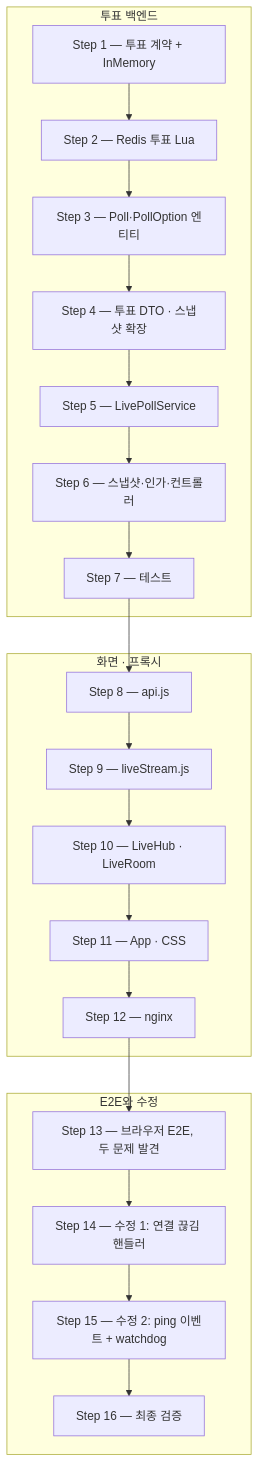
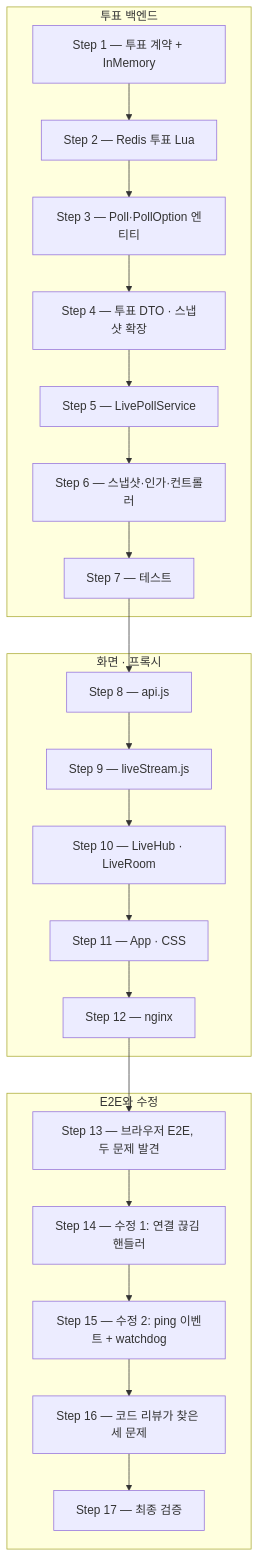
One commit to icesnake72/boards changed the first of 2 diagrams in docs/lecture/LIVE-POLL-WALKTHROUGH-DAY2.md. Above: the diagram before and after it, drawn with Mermaid. The commit also changed other lines of this file and 1 other file, not shown here.

Commit message:
docs: 2일차 walkthrough에 코드 리뷰 수정 Step 16 추가 + 개념 문서에 스냅샷 관문·TTL 한계

````diff
--- a/docs/lecture/LIVE-POLL-WALKTHROUGH-DAY2.md
+++ b/docs/lecture/LIVE-POLL-WALKTHROUGH-DAY2.md
@@ -31,24 +31,25 @@
 ```mermaid
 flowchart TD
   subgraph BACK["투표 백엔드"]
     S1["Step 1 — 투표 계약 + InMemory"] --> S2["Step 2 — Redis 투표 Lua"]
     S2 --> S3["Step 3 — Poll·PollOption 엔티티"]
     S3 --> S4["Step 4 — 투표 DTO · 스냅샷 확장"]
     S4 --> S5["Step 5 — LivePollService"]
     S5 --> S6["Step 6 — 스냅샷·인가·컨트롤러"]
     S6 --> S7["Step 7 — 테스트"]
   end
   subgraph FRONT["화면 · 프록시"]
     S8["Step 8 — api.js"] --> S9["Step 9 — liveStream.js"]
     S9 --> S10["Step 10 — LiveHub · LiveRoom"]
     S10 --> S11["Step 11 — App · CSS"]
     S11 --> S12["Step 12 — nginx"]
   end
   subgraph FIX["E2E와 수정"]
     S13["Step 13 — 브라우저 E2E, 두 문제 발견"] --> S14["Step 14 — 수정 1: 연결 끊김 핸들러"]
     S14 --> S15["Step 15 — 수정 2: ping 이벤트 + watchdog"]
-    S15 --> S16["Step 16 — 최종 검증"]
+    S15 --> S16["Step 16 — 코드 리뷰가 찾은 세 문제"]
+    S16 --> S17["Step 17 — 최종 검증"]
   end
   S7 --> S8
   S12 --> S13
 ```
````
